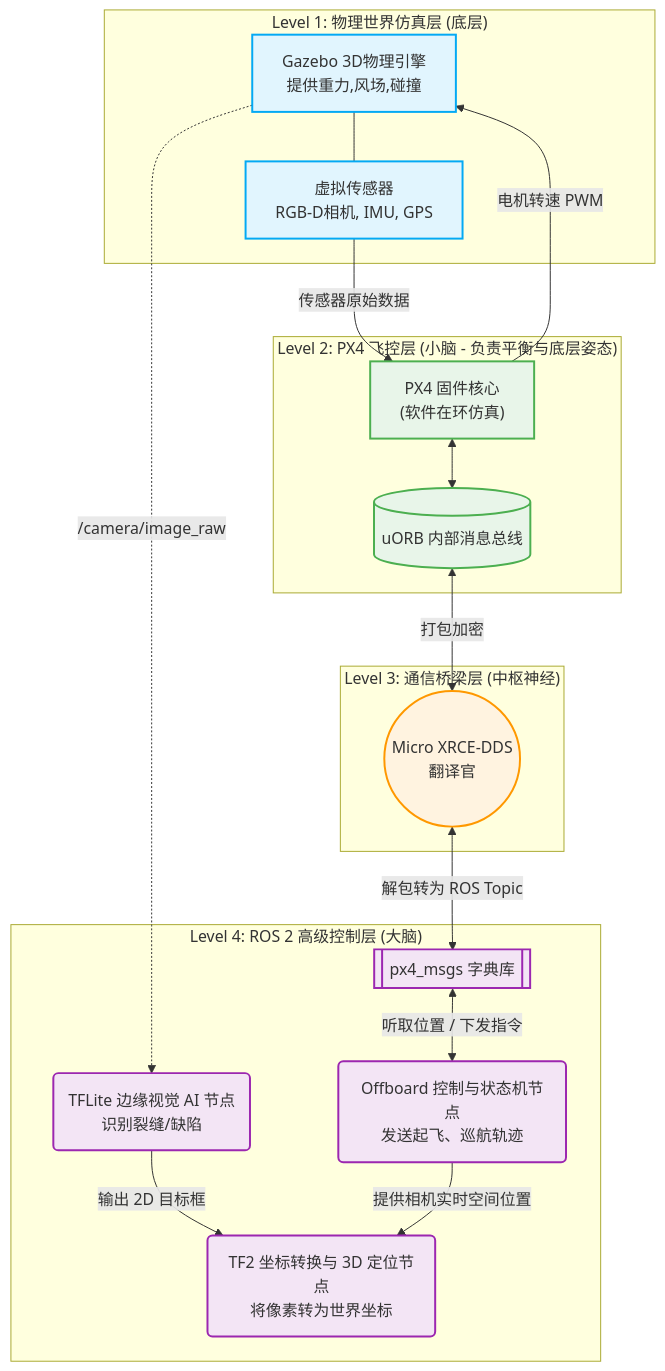
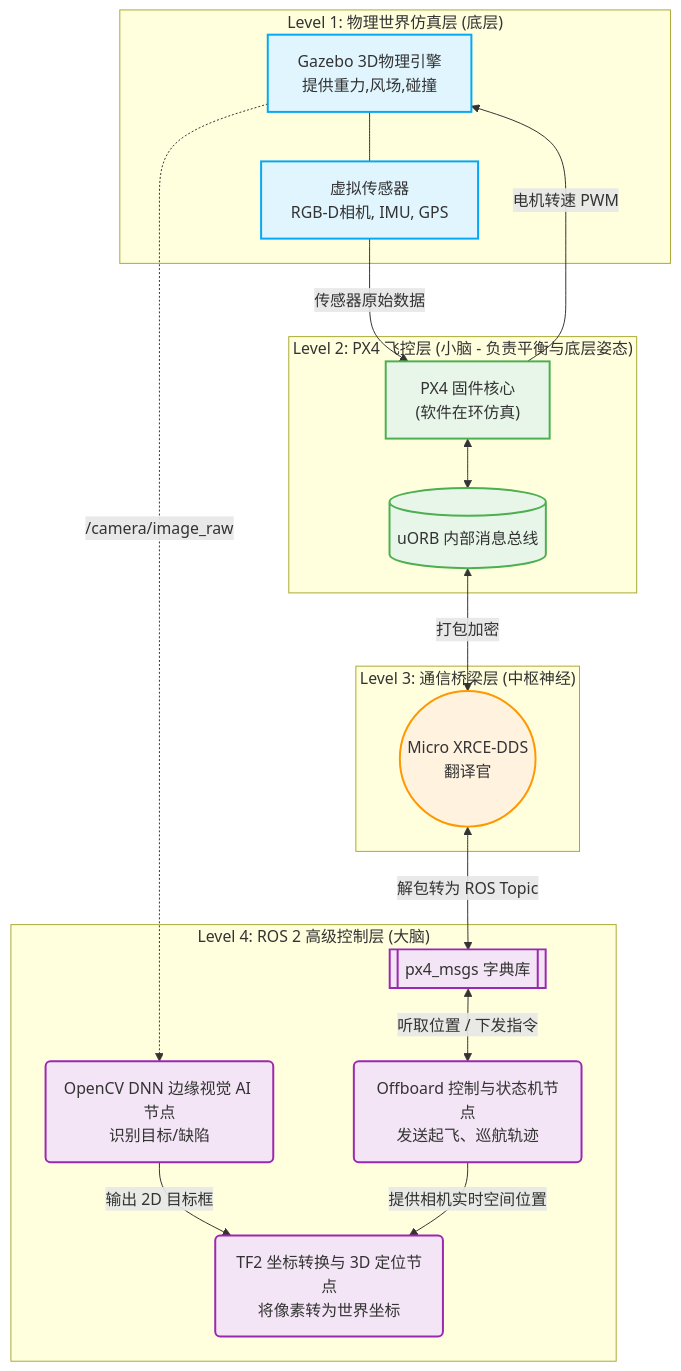
One commit to xinfangshi/uav_inspection_ros2 changed the first of 3 diagrams in README.md. Above: the diagram before and after it, drawn with Mermaid. The commit also changed other lines of this file and 14 other files, not shown here.

````diff
--- a/README.md
+++ b/README.md
@@ -25,40 +26,40 @@
 ```mermaid
 graph TD
     classDef sim fill:#e1f5fe,stroke:#03a9f4,stroke-width:2px;
     classDef px4 fill:#e8f5e9,stroke:#4caf50,stroke-width:2px;
     classDef bridge fill:#fff3e0,stroke:#ff9800,stroke-width:2px;
     classDef ros fill:#f3e5f5,stroke:#9c27b0,stroke-width:2px;
 
     subgraph "Level 1: 物理世界仿真层 (底层)"
         Gazebo["Gazebo 3D物理引擎<br>提供重力,风场,碰撞"]:::sim
         Sensors["虚拟传感器<br>RGB-D相机, IMU, GPS"]:::sim
         Gazebo --- Sensors
     end
 
     subgraph "Level 2: PX4 飞控层 (小脑 - 负责平衡与底层姿态)"
         PX4_SITL["PX4 固件核心<br>(软件在环仿真)"]:::px4
         uORB[("uORB 内部消息总线")]:::px4
         Sensors -->|"传感器原始数据"| PX4_SITL
         PX4_SITL -->|"电机转速 PWM"| Gazebo
         PX4_SITL <--> uORB
     end
 
     subgraph "Level 3: 通信桥梁层 (中枢神经)"
         DDS(("Micro XRCE-DDS<br>翻译官")):::bridge
         uORB <-->|"打包加密"| DDS
     end
 
     subgraph "Level 4: ROS 2 高级控制层 (大脑)"
         PX4_MSGS[["px4_msgs 字典库"]]:::ros
         DDS <-->|"解包转为 ROS Topic"| PX4_MSGS
         
         Node1("Offboard 控制与状态机节点<br>发送起飞、巡航轨迹"):::ros
-        Node2("TFLite 边缘视觉 AI 节点<br>识别裂缝/缺陷"):::ros
+        Node2("OpenCV DNN 边缘视觉 AI 节点<br>识别目标/缺陷"):::ros
         Node3("TF2 坐标转换与 3D 定位节点<br>将像素转为世界坐标"):::ros
         
         PX4_MSGS <-->|"听取位置 / 下发指令"| Node1
         Gazebo -.->|"/camera/image_raw"| Node2
         Node2 -->|"输出 2D 目标框"| Node3
         Node1 -->|"提供相机实时空间位置"| Node3
     end
 ```
````
